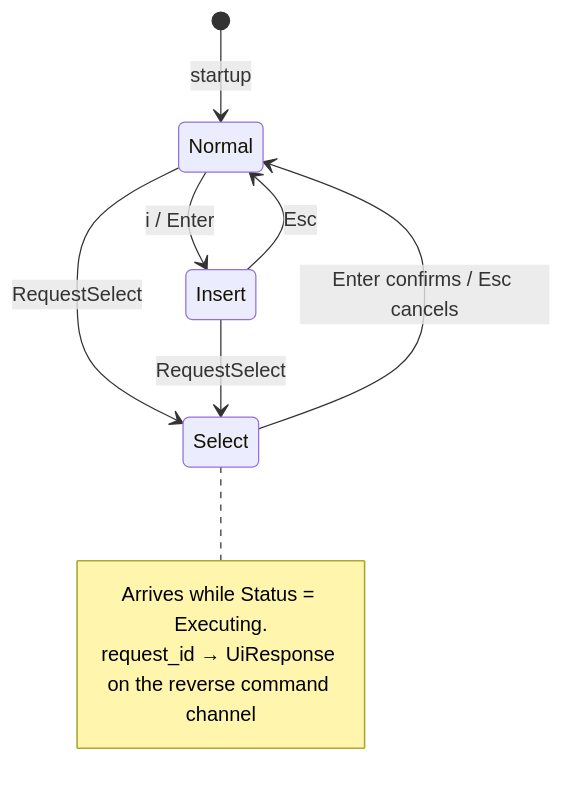
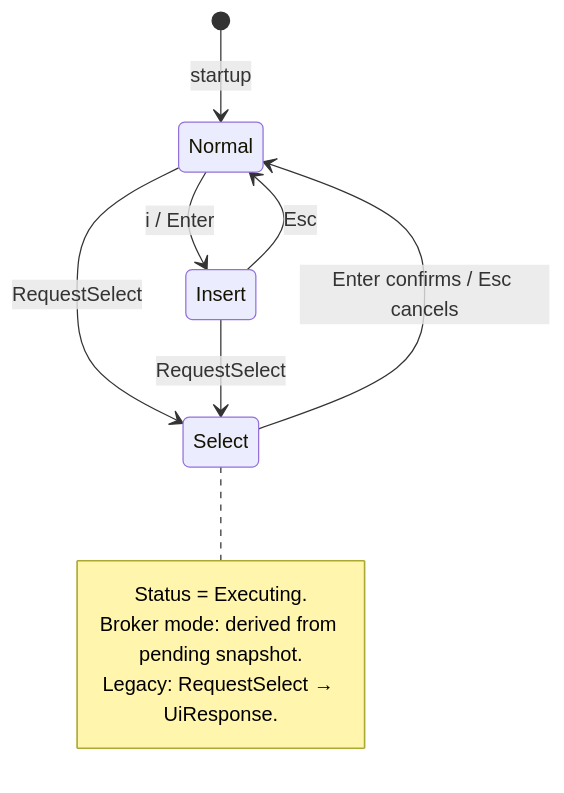
The sixth of 9 diagrams in book/25_chapter_protocol.md (rust-infra/tact), drawn with Mermaid before and after one commit. The commit also changed other lines of this file and 161 other files, not shown here.

````diff
--- a/book/25_chapter_protocol.md
+++ b/book/25_chapter_protocol.md
@@ -300,16 +304,17 @@
 ```mermaid
 stateDiagram-v2
     [*] --> Normal: startup
 
     Normal --> Insert: i / Enter
     Insert --> Normal: Esc
 
     Normal --> Select: RequestSelect
     Insert --> Select: RequestSelect
     Select --> Normal: Enter confirms / Esc cancels
 
     note right of Select
-        Arrives while Status = Executing.
-        request_id → UiResponse on the reverse command channel
+        Status = Executing.
+        Broker mode: derived from pending snapshot.
+        Legacy: RequestSelect → UiResponse.
     end note
 ```
````
